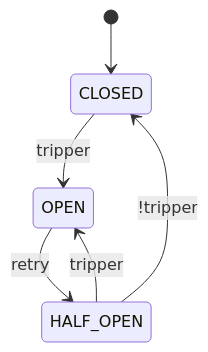
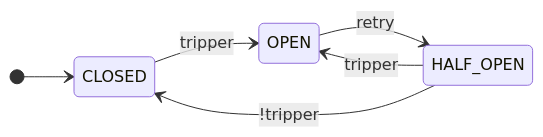
One commit to byExist/fluxgate changed the diagram in docs/en/index.md. Above: the diagram before and after it, drawn with Mermaid. The commit also changed other lines of this file and 9 other files, not shown here.

````diff
--- a/docs/en/index.md
+++ b/docs/en/index.md
@@ -53,8 +62,9 @@
 ```mermaid
 stateDiagram-v2
+    direction LR
     [*] --> CLOSED
     CLOSED --> OPEN: tripper
     OPEN --> HALF_OPEN: retry
     HALF_OPEN --> CLOSED: !tripper
     HALF_OPEN --> OPEN: tripper
 ```
````
